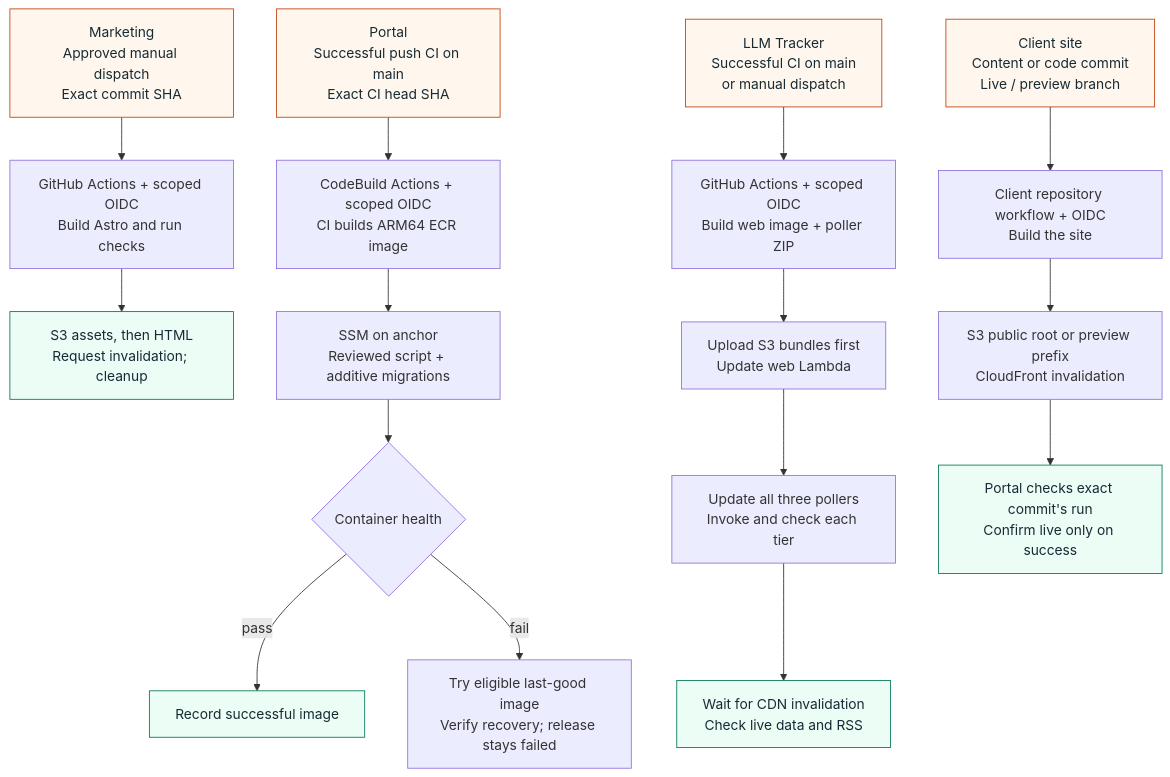
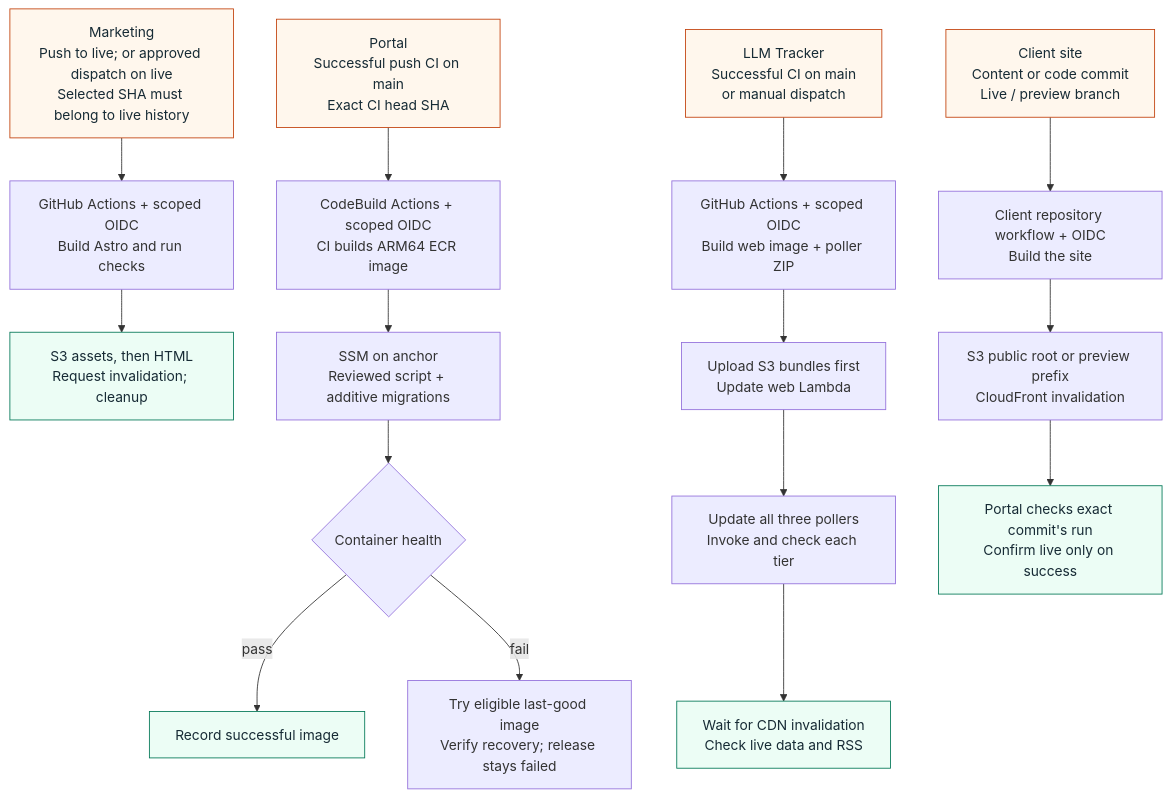
The diagram in diagrams/deploy-flow.mmd (JadenRazo/raizhost-architecture), drawn with Mermaid before and after one commit. The commit also changed 37 other files, not shown here.

Commit message:
docs: reconcile architecture diagrams with live serving paths

```diff
--- a/diagrams/deploy-flow.mmd
+++ b/diagrams/deploy-flow.mmd
@@ -1,28 +1,28 @@
 flowchart TB
-  marketing["Marketing<br/>Approved manual dispatch<br/>Exact commit SHA"]
+  marketing["Marketing<br/>Push to live; or approved dispatch on live<br/>Selected SHA must belong to live history"]
   portal["Portal<br/>Successful push CI on main<br/>Exact CI head SHA"]
   tracker["LLM Tracker<br/>Successful CI on main<br/>or manual dispatch"]
   client["Client site<br/>Content or code commit<br/>Live / preview branch"]
 
   marketing --> mjob["GitHub Actions + scoped OIDC<br/>Build Astro and run checks"]
   mjob --> ms3["S3 assets, then HTML<br/>Request invalidation; cleanup"]
 
   portal --> pjob["CodeBuild Actions + scoped OIDC<br/>CI builds ARM64 ECR image"]
   pjob --> ssm["SSM on anchor<br/>Reviewed script + additive migrations"]
   ssm --> health{"Container health"}
   health -->|"pass"| live["Record successful image"]
   health -->|"fail"| rollback["Try eligible last-good image<br/>Verify recovery; release stays failed"]
 
   tracker --> tjob["GitHub Actions + scoped OIDC<br/>Build web image + poller ZIP"]
   tjob --> web["Upload S3 bundles first<br/>Update web Lambda"]
   web --> workers["Update all three pollers<br/>Invoke and check each tier"]
   workers --> verify["Wait for CDN invalidation<br/>Check live data and RSS"]
 
   client --> cjob["Client repository workflow + OIDC<br/>Build the site"]
   cjob --> target["S3 public root or preview prefix<br/>CloudFront invalidation"]
   target --> status["Portal checks exact commit's run<br/>Confirm live only on success"]
 
   classDef start fill:#fff7ed,stroke:#c2410c,color:#172b35
   classDef finish fill:#ecfdf5,stroke:#047857,color:#172b35
   class marketing,portal,tracker,client start
   class ms3,live,verify,status finish
```
